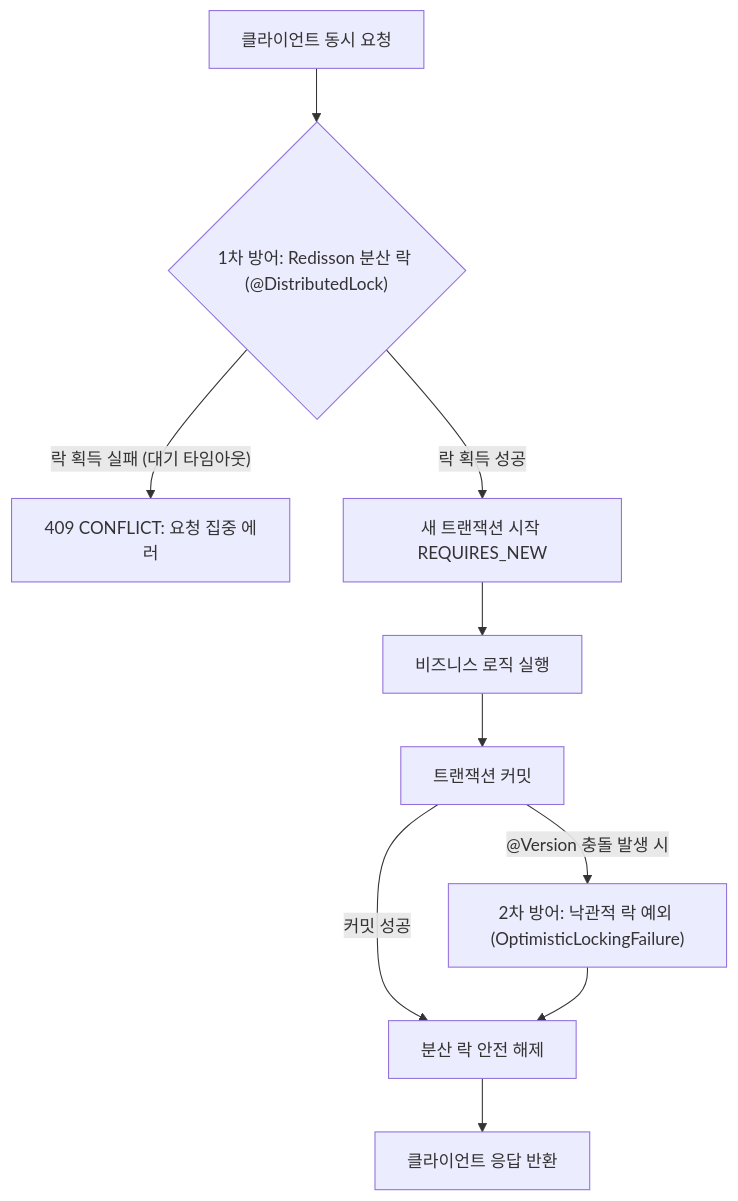
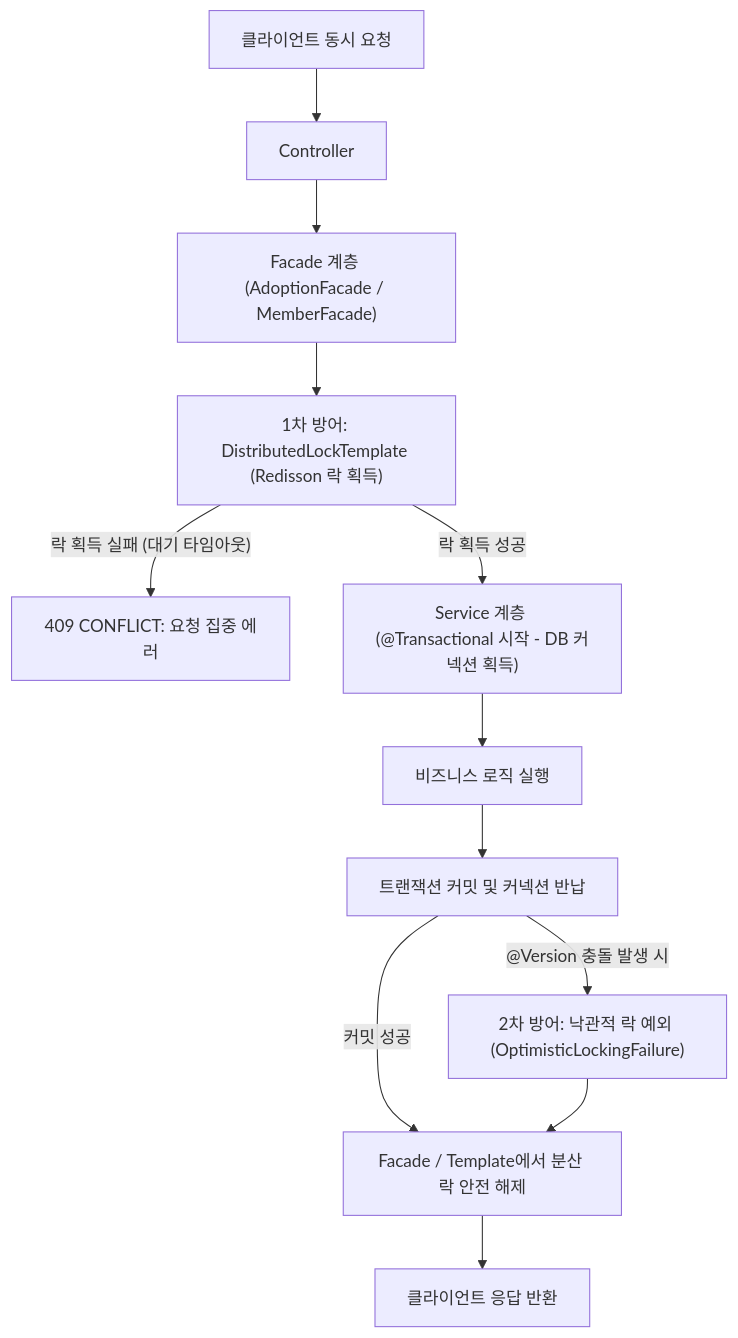
Before and after one commit to cookiboii/paw-mate-backend: the diagram in README.md, drawn with Mermaid. The commit also changed other lines of this file and 6 other files, not shown here.

````diff
--- a/README.md
+++ b/README.md
@@ -79,12 +79,14 @@
 ```mermaid
 flowchart TD
-    Req[클라이언트 동시 요청] --> DLock{"1차 방어: Redisson 분산 락 (@DistributedLock)"}
-    DLock -- 락 획득 실패 (대기 타임아웃) --> Fail[409 CONFLICT: 요청 집중 에러]
-    DLock -- 락 획득 성공 --> Tx[새 트랜잭션 시작 REQUIRES_NEW]
-    Tx --> Logic[비즈니스 로직 실행]
-    Logic --> Commit[트랜잭션 커밋]
+    Req[클라이언트 동시 요청] --> Controller[Controller]
+    Controller --> Facade["Facade 계층 (AdoptionFacade / MemberFacade)"]
+    Facade --> Template["1차 방어: DistributedLockTemplate (Redisson 락 획득)"]
+    Template -- 락 획득 실패 (대기 타임아웃) --> Fail[409 CONFLICT: 요청 집중 에러]
+    Template -- 락 획득 성공 --> Service["Service 계층 (@Transactional 시작 - DB 커넥션 획득)"]
+    Service --> Logic[비즈니스 로직 실행]
+    Logic --> Commit[트랜잭션 커밋 및 커넥션 반납]
     Commit -- @Version 충돌 발생 시 --> OptErr["2차 방어: 낙관적 락 예외 (OptimisticLockingFailure)"]
-    Commit -- 커밋 성공 --> ReleaseLock[분산 락 안전 해제]
+    Commit -- 커밋 성공 --> ReleaseLock[Facade / Template에서 분산 락 안전 해제]
     OptErr --> ReleaseLock
     ReleaseLock --> Done[클라이언트 응답 반환]
 ```
````
